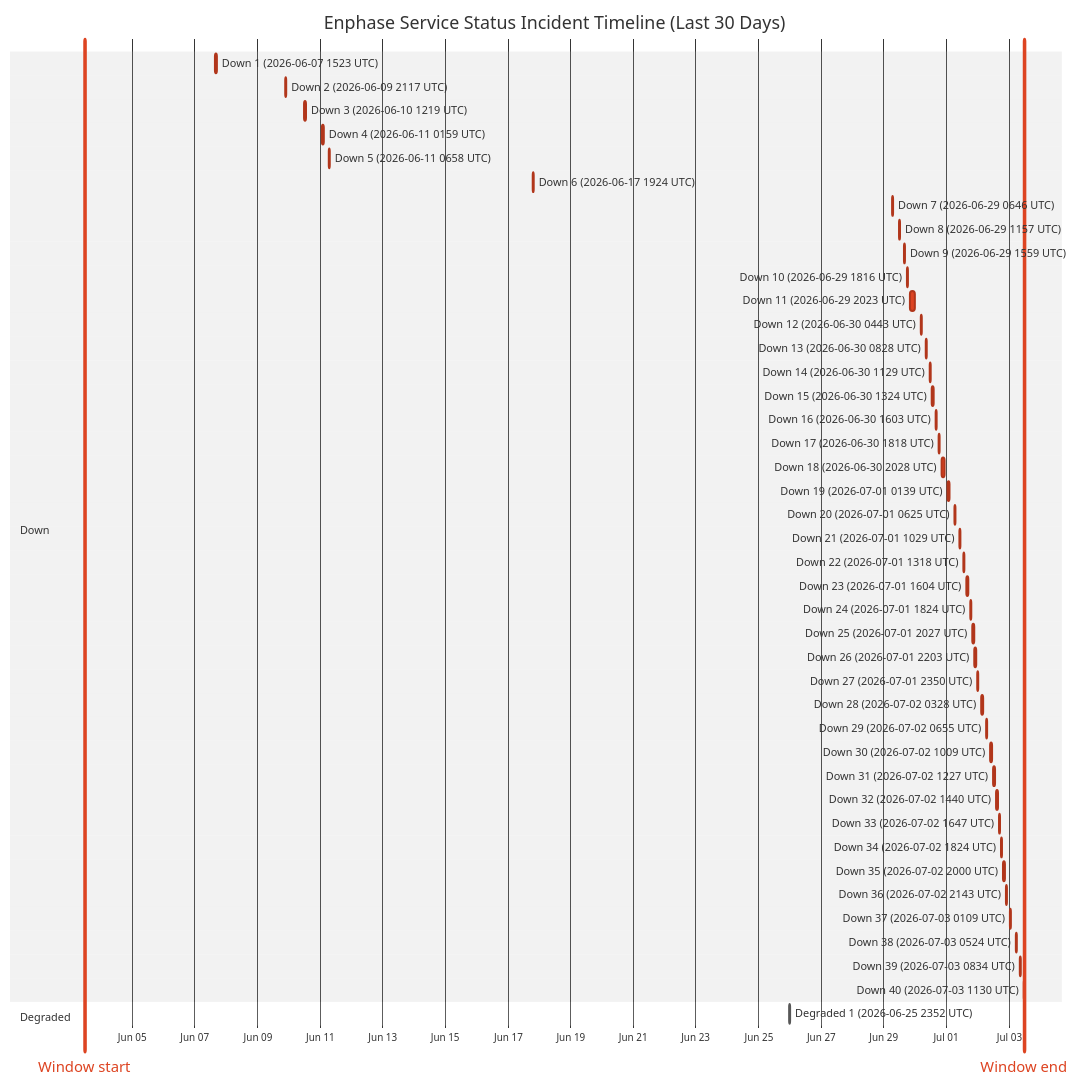
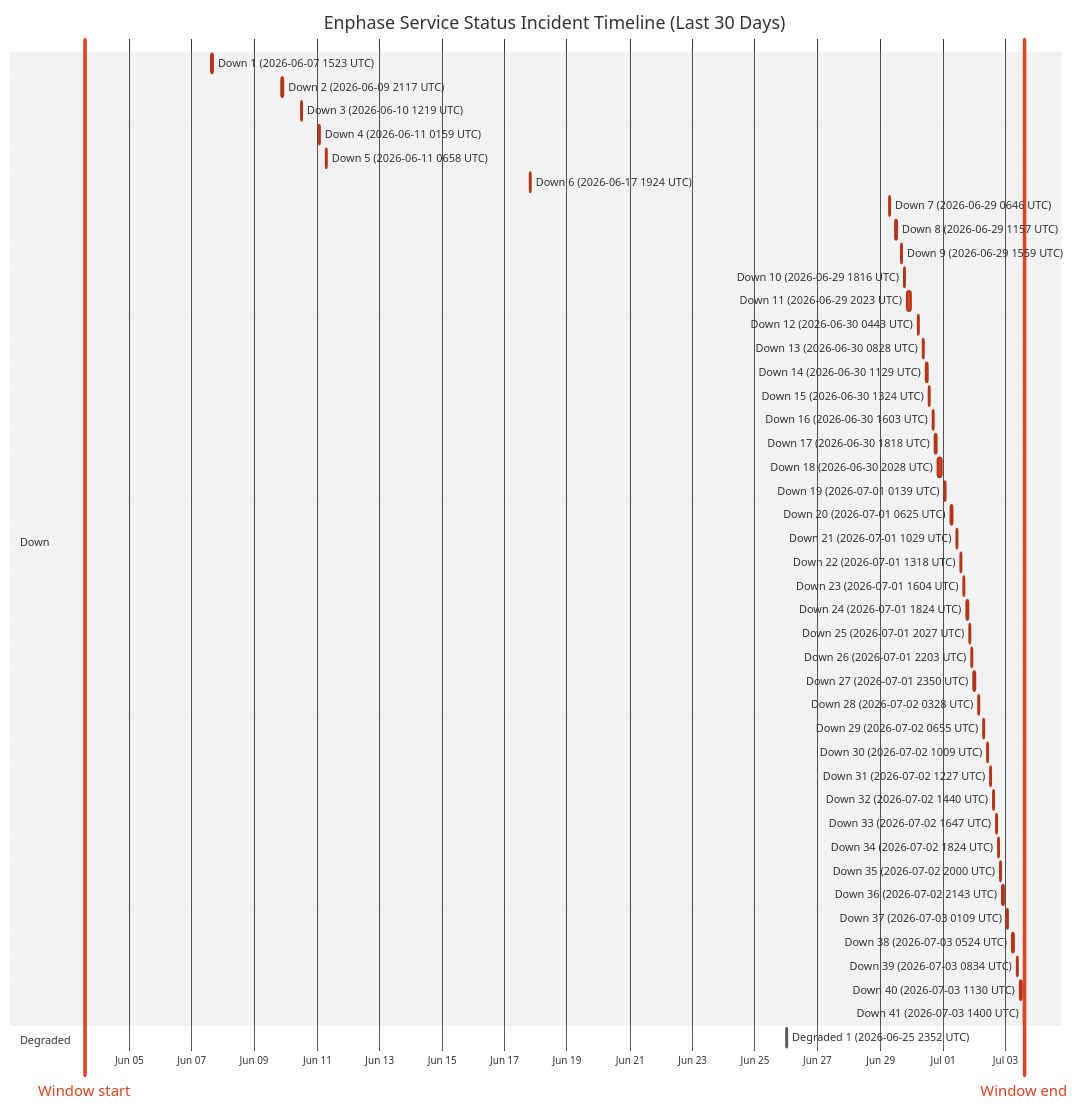
The diagram in wiki/Service-Status-History.md (barneyonline/ha-enphase-energy), drawn with Mermaid (neutral theme) before and after one commit. The commit also changed other lines of this file and 3 other files, not shown here.

````diff
--- a/wiki/Service-Status-History.md
+++ b/wiki/Service-Status-History.md
@@ -14,51 +14,52 @@
 ```mermaid
 gantt
     title Enphase Service Status Incident Timeline (Last 30 Days)
     dateFormat  YYYY-MM-DDTHH:mm:ss
     axisFormat  %b %d
-    Window start :vert, window-start, 2026-06-03T11:30:41, 0ms
-    Window end :vert, window-end, 2026-07-03T11:30:41, 0ms
+    Window start :vert, window-start, 2026-06-03T14:00:48, 0ms
+    Window end :vert, window-end, 2026-07-03T14:00:48, 0ms
     section Down
     Down 1 (2026-06-07 1523 UTC) :crit, down-1, 2026-06-07T15:23:22, 87m
     Down 2 (2026-06-09 2117 UTC) :crit, down-2, 2026-06-09T21:17:17, 60m
     Down 3 (2026-06-10 1219 UTC) :crit, down-3, 2026-06-10T12:19:21, 60m
     Down 4 (2026-06-11 0159 UTC) :crit, down-4, 2026-06-11T01:59:36, 60m
     Down 5 (2026-06-11 0658 UTC) :crit, down-5, 2026-06-11T06:58:45, 60m
     Down 6 (2026-06-17 1924 UTC) :crit, down-6, 2026-06-17T19:24:51, 60m
     Down 7 (2026-06-29 0646 UTC) :crit, down-7, 2026-06-29T06:46:18, 60m
     Down 8 (2026-06-29 1157 UTC) :crit, down-8, 2026-06-29T11:57:36, 60m
     Down 9 (2026-06-29 1559 UTC) :crit, down-9, 2026-06-29T15:59:02, 60m
     Down 10 (2026-06-29 1816 UTC) :crit, down-10, 2026-06-29T18:16:38, 60m
     Down 11 (2026-06-29 2023 UTC) :crit, down-11, 2026-06-29T20:23:16, 220m
     Down 12 (2026-06-30 0443 UTC) :crit, down-12, 2026-06-30T04:43:54, 60m
     Down 13 (2026-06-30 0828 UTC) :crit, down-13, 2026-06-30T08:28:43, 60m
     Down 14 (2026-06-30 1129 UTC) :crit, down-14, 2026-06-30T11:29:15, 60m
     Down 15 (2026-06-30 1324 UTC) :crit, down-15, 2026-06-30T13:24:25, 60m
     Down 16 (2026-06-30 1603 UTC) :crit, down-16, 2026-06-30T16:03:26, 60m
     Down 17 (2026-06-30 1818 UTC) :crit, down-17, 2026-06-30T18:18:39, 60m
     Down 18 (2026-06-30 2028 UTC) :crit, down-18, 2026-06-30T20:28:54, 171m
     Down 19 (2026-07-01 0139 UTC) :crit, down-19, 2026-07-01T01:39:18, 60m
     Down 20 (2026-07-01 0625 UTC) :crit, down-20, 2026-07-01T06:25:35, 60m
     Down 21 (2026-07-01 1029 UTC) :crit, down-21, 2026-07-01T10:29:24, 60m
     Down 22 (2026-07-01 1318 UTC) :crit, down-22, 2026-07-01T13:18:31, 60m
     Down 23 (2026-07-01 1604 UTC) :crit, down-23, 2026-07-01T16:04:29, 60m
     Down 24 (2026-07-01 1824 UTC) :crit, down-24, 2026-07-01T18:24:21, 60m
     Down 25 (2026-07-01 2027 UTC) :crit, down-25, 2026-07-01T20:27:17, 60m
     Down 26 (2026-07-01 2203 UTC) :crit, down-26, 2026-07-01T22:03:46, 60m
     Down 27 (2026-07-01 2350 UTC) :crit, down-27, 2026-07-01T23:50:52, 60m
     Down 28 (2026-07-02 0328 UTC) :crit, down-28, 2026-07-02T03:28:33, 60m
     Down 29 (2026-07-02 0655 UTC) :crit, down-29, 2026-07-02T06:55:07, 60m
     Down 30 (2026-07-02 1009 UTC) :crit, down-30, 2026-07-02T10:09:15, 60m
     Down 31 (2026-07-02 1227 UTC) :crit, down-31, 2026-07-02T12:27:49, 60m
     Down 32 (2026-07-02 1440 UTC) :crit, down-32, 2026-07-02T14:40:53, 60m
     Down 33 (2026-07-02 1647 UTC) :crit, down-33, 2026-07-02T16:47:47, 60m
     Down 34 (2026-07-02 1824 UTC) :crit, down-34, 2026-07-02T18:24:26, 60m
     Down 35 (2026-07-02 2000 UTC) :crit, down-35, 2026-07-02T20:00:57, 60m
     Down 36 (2026-07-02 2143 UTC) :crit, down-36, 2026-07-02T21:43:52, 80m
     Down 37 (2026-07-03 0109 UTC) :crit, down-37, 2026-07-03T01:09:19, 60m
     Down 38 (2026-07-03 0524 UTC) :crit, down-38, 2026-07-03T05:24:23, 60m
     Down 39 (2026-07-03 0834 UTC) :crit, down-39, 2026-07-03T08:34:05, 60m
     Down 40 (2026-07-03 1130 UTC) :crit, down-40, 2026-07-03T11:30:41, 60m
+    Down 41 (2026-07-03 1400 UTC) :crit, down-41, 2026-07-03T14:00:48, 60m
     section Degraded
     Degraded 1 (2026-06-25 2352 UTC) :active, degraded-1, 2026-06-25T23:52:01, 60m
 ```
````
